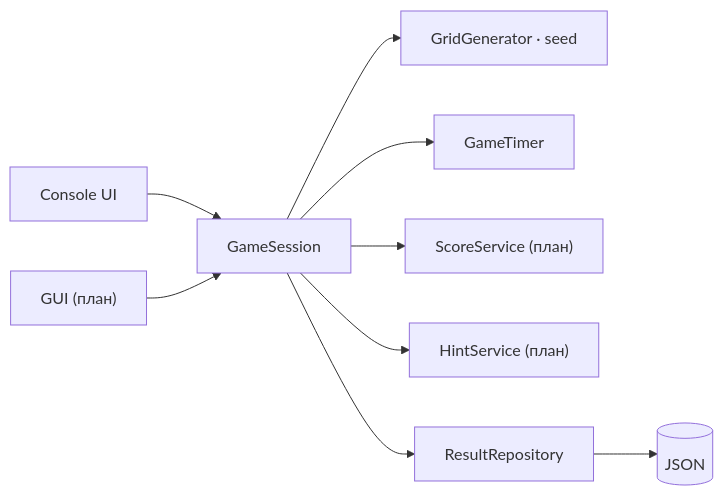
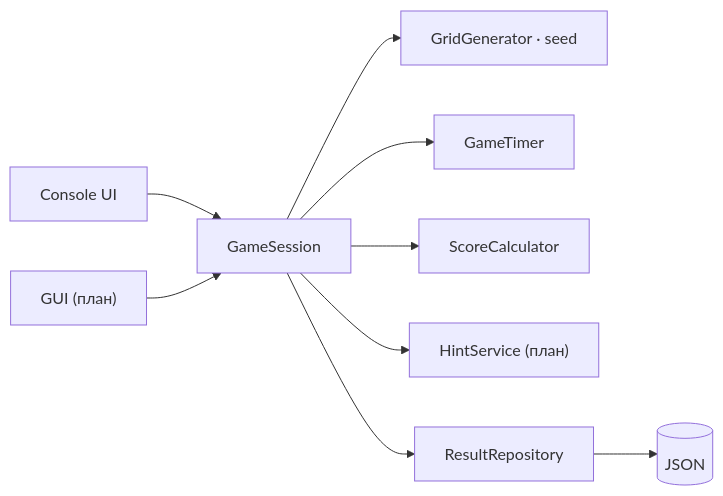
The fourth of 4 diagrams in zaeso-Words-Roadmap.md (zaeso/zaeso-Words), drawn with Mermaid before and after one commit. The commit also changed other lines of this file and 11 other files, not shown here.

````diff
--- a/zaeso-Words-Roadmap.md
+++ b/zaeso-Words-Roadmap.md
@@ -188,11 +194,11 @@
 ```mermaid
 flowchart LR
     CLI["Console UI"] --> SESSION["GameSession"]
     GUI["GUI (план)"] --> SESSION
     SESSION --> GEN["GridGenerator · seed"]
     SESSION --> TIMER["GameTimer"]
-    SESSION --> SCORE["ScoreService (план)"]
+    SESSION --> SCORE["ScoreCalculator"]
     SESSION --> HINT["HintService (план)"]
     SESSION --> RESULT["ResultRepository"]
     RESULT --> STORE[("JSON")]
 ```
````
